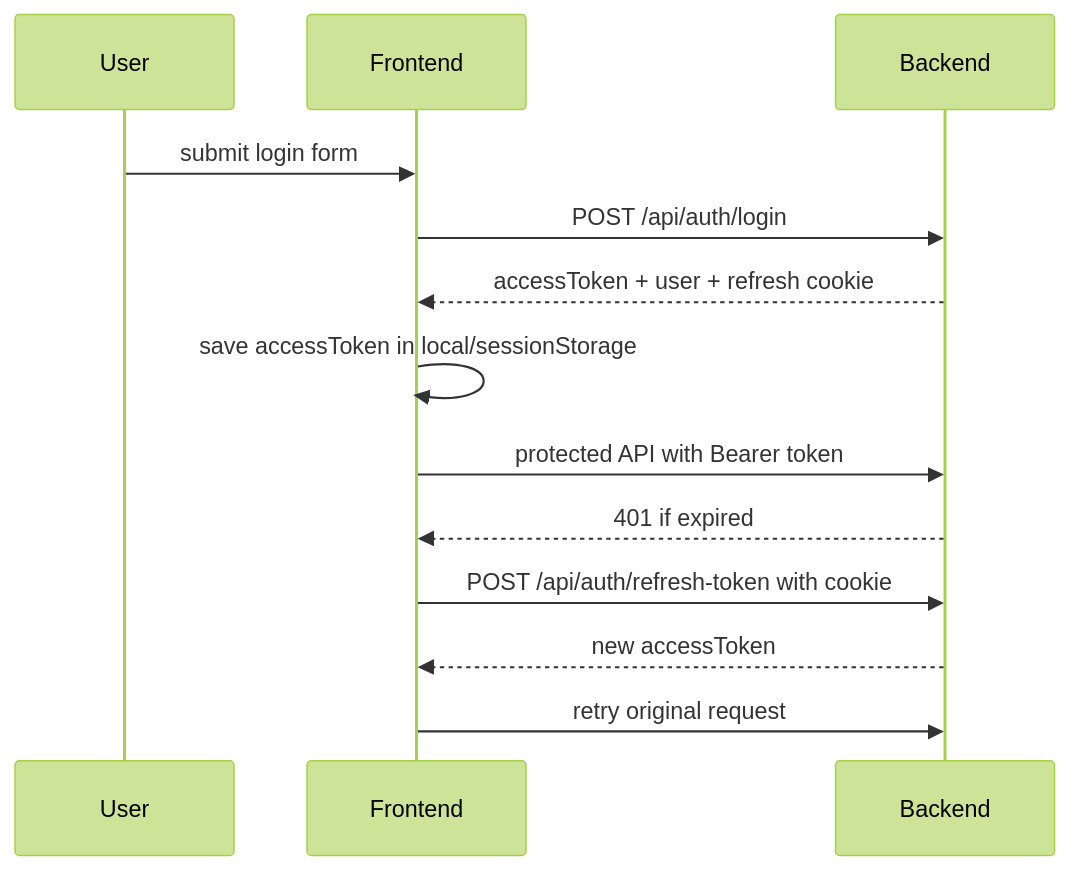
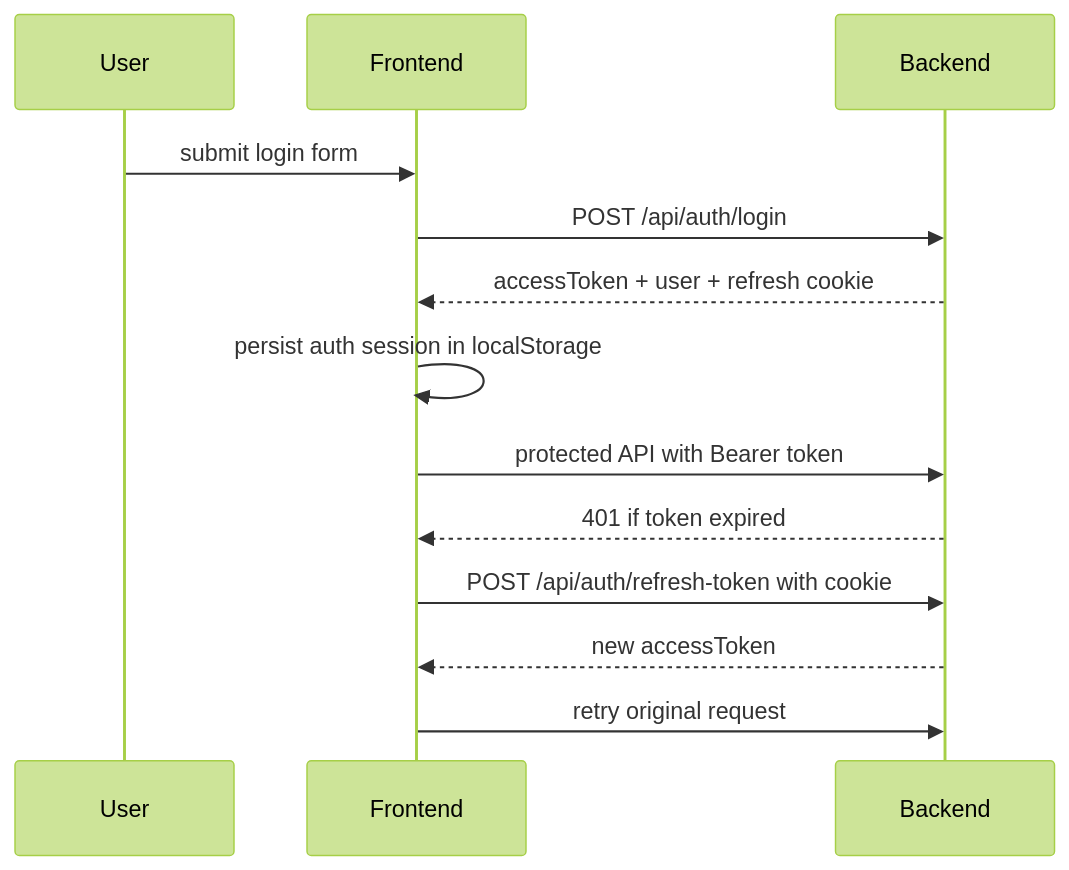
The second of 2 diagrams in docs/system-architecture.md (dinhpl/hr-manager), drawn with Mermaid (forest theme) before and after one commit. The commit also changed other lines of this file and 6 other files, not shown here.

````diff
--- a/docs/system-architecture.md
+++ b/docs/system-architecture.md
@@ -69,15 +77,15 @@
 ```mermaid
 sequenceDiagram
     participant U as User
     participant F as Frontend
     participant B as Backend
     U->>F: submit login form
     F->>B: POST /api/auth/login
     B-->>F: accessToken + user + refresh cookie
-    F->>F: save accessToken in local/sessionStorage
+    F->>F: persist auth session in localStorage
     F->>B: protected API with Bearer token
-    B-->>F: 401 if expired
+    B-->>F: 401 if token expired
     F->>B: POST /api/auth/refresh-token with cookie
     B-->>F: new accessToken
     F->>B: retry original request
 ```
````
